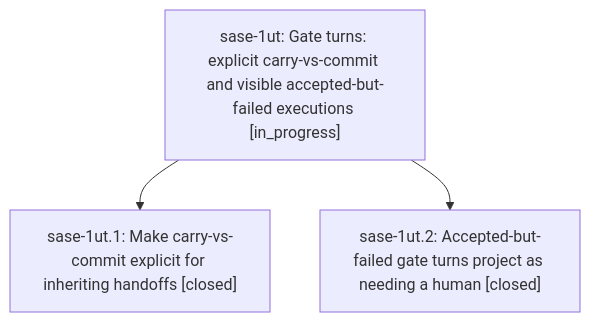
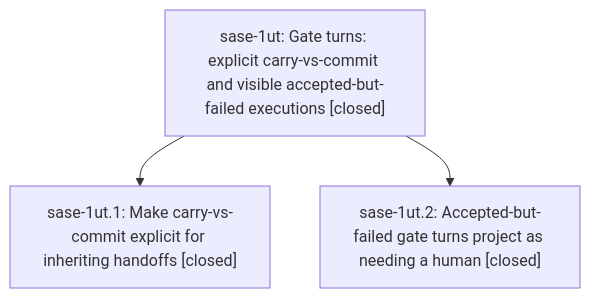
The diagram in pages/sase-1ut/README.md (sase-org/sase--beads), drawn with Mermaid before and after one commit. The commit also changed other lines of this file and 1 other file, not shown here.

First line of the commit message:
chore(beads): sync bead state and pages for sase-1ut

````diff
--- a/pages/sase-1ut/README.md
+++ b/pages/sase-1ut/README.md
@@ -35,8 +47,8 @@
 ```mermaid
 flowchart TD
-    n0["sase-1ut: Gate turns: explicit carry-vs-commit and visible accepted-but-failed executions [in_progress]"]
+    n0["sase-1ut: Gate turns: explicit carry-vs-commit and visible accepted-but-failed executions [closed]"]
     n1["sase-1ut.1: Make carry-vs-commit explicit for inheriting handoffs [closed]"]
     n2["sase-1ut.2: Accepted-but-failed gate turns project as needing a human [closed]"]
     n0 --> n1
     n0 --> n2
 ```
````
